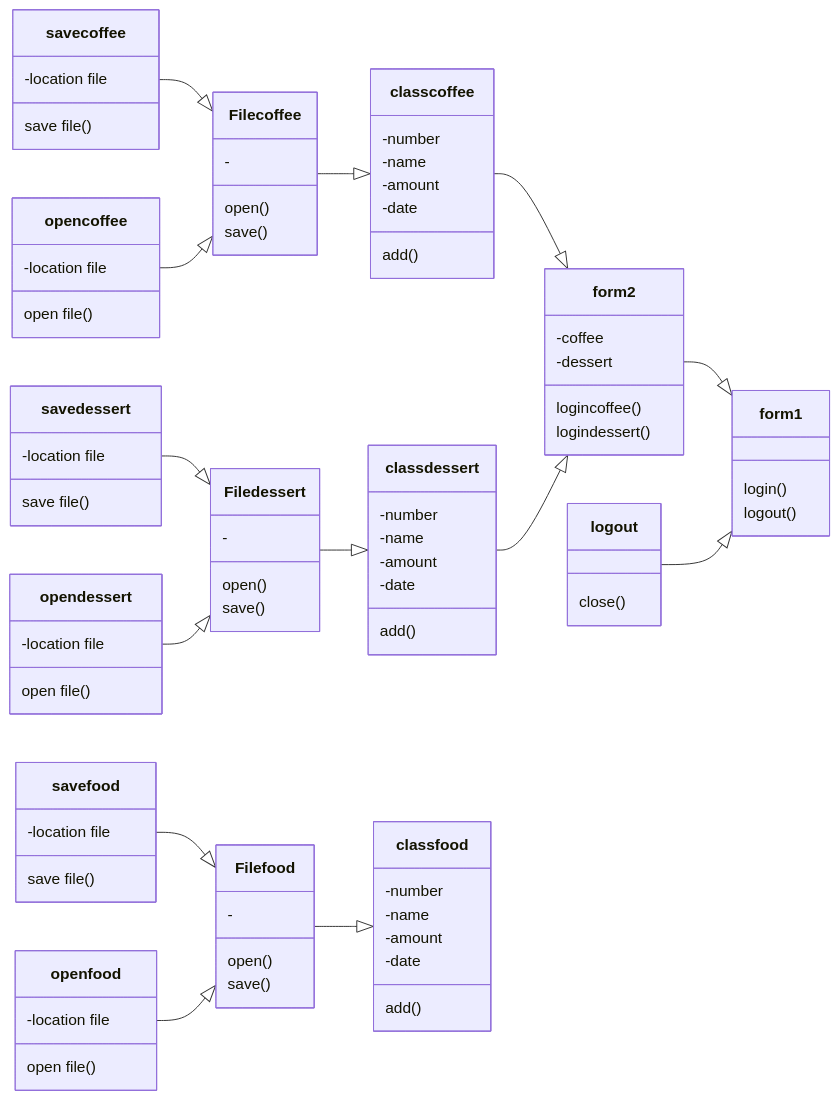
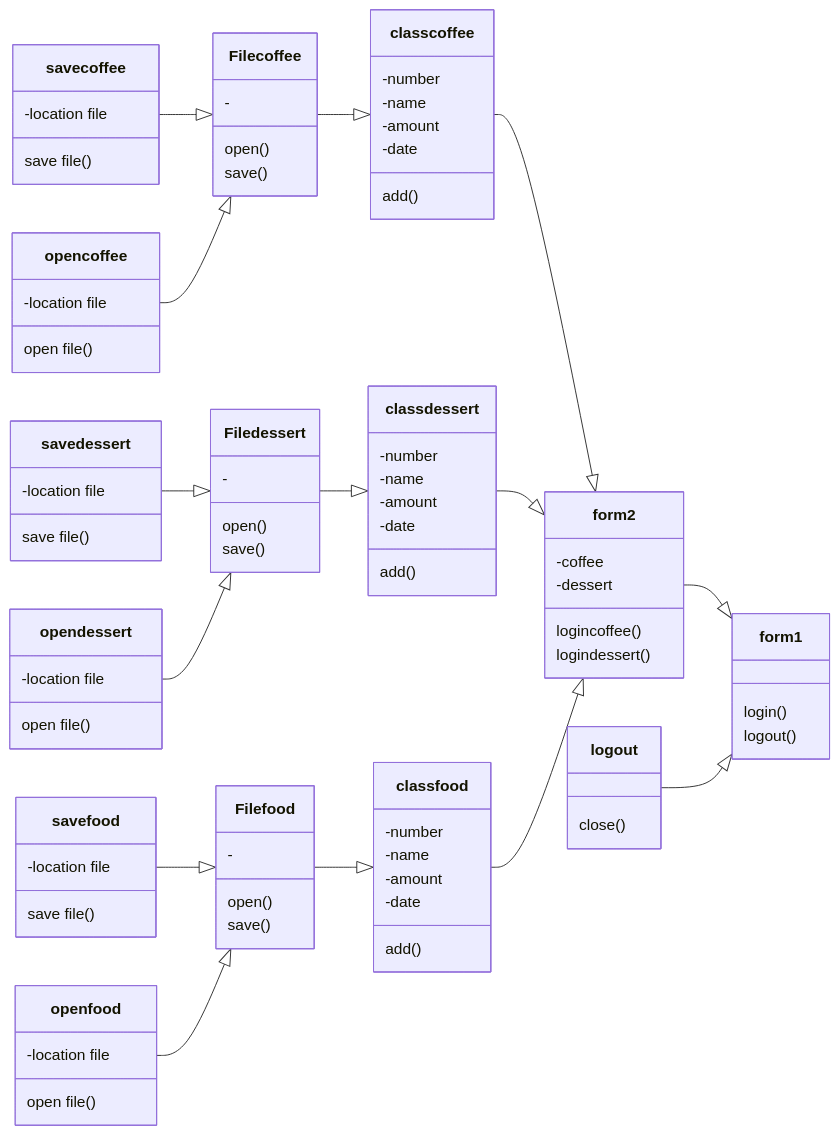
One commit to Syxsaran/FinalProject changed the diagram in Project Final/README.md. Above: the diagram before and after it, drawn with Mermaid.

```diff
--- a/Project Final/README.md
+++ b/Project Final/README.md
@@ -100,6 +100,8 @@
   
   classcoffee --|> form2
   classdessert --|> form2
+  classfood --|> form2
+
   
   form2 --|> form1
   logout --|> form1
```
